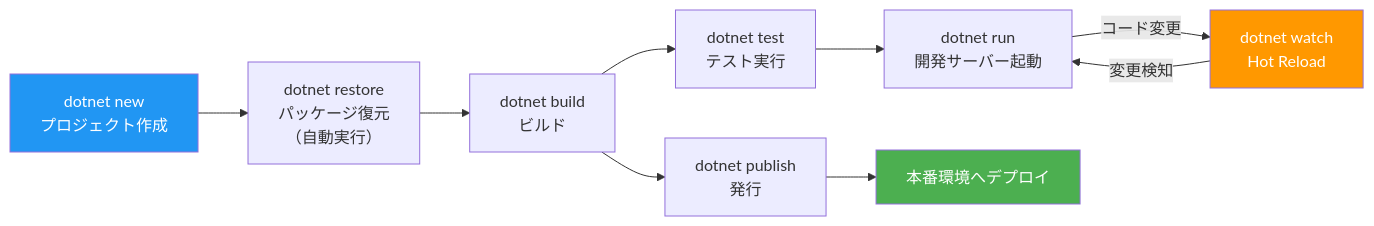
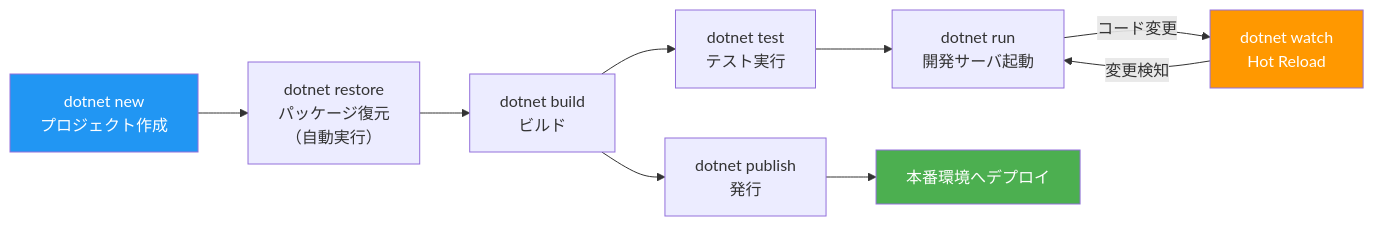
Diagram 13 of 14 in docs/01-setup-dev-env.md (microsoft/aspnetcore-ja-handbook), drawn with Mermaid before and after one commit. The commit also changed other lines of this file and 3 other files, not shown here.

````diff
--- a/docs/01-setup-dev-env.md
+++ b/docs/01-setup-dev-env.md
@@ -652,16 +652,16 @@
 ```mermaid
 flowchart LR
     New["dotnet new\nプロジェクト作成"] --> Restore["dotnet restore\nパッケージ復元\n（自動実行）"]
     Restore --> Build["dotnet build\nビルド"]
     Build --> Test["dotnet test\nテスト実行"]
-    Test --> Run["dotnet run\n開発サーバー起動"]
+    Test --> Run["dotnet run\n開発サーバ起動"]
     Run --> |コード変更| Watch["dotnet watch\nHot Reload"]
     Watch --> |変更検知| Run
 
     Build --> Publish["dotnet publish\n発行"]
     Publish --> Deploy["本番環境へデプロイ"]
 
     style New fill:#2196F3,color:#fff
     style Deploy fill:#4CAF50,color:#fff
     style Watch fill:#FF9800,color:#fff
 ```
````
